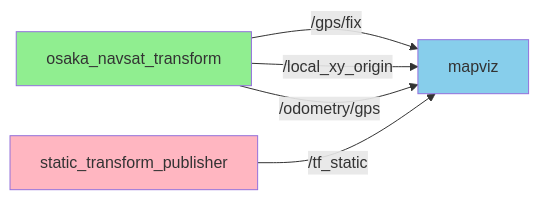
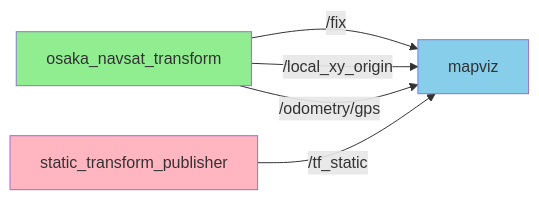
One commit to sato-susumu/mapviz_sample changed the first of 6 diagrams in genai_docs/MAPVIZ_TILE_DISPLAY_GUIDE.md. Above: the diagram before and after it, drawn with Mermaid. The commit also changed other lines of this file and 4 other files, not shown here.

````diff
--- a/genai_docs/MAPVIZ_TILE_DISPLAY_GUIDE.md
+++ b/genai_docs/MAPVIZ_TILE_DISPLAY_GUIDE.md
@@ -21,11 +21,11 @@
 ```mermaid
 graph LR
-    A[osaka_navsat_transform] -->|/gps/fix| B[mapviz]
+    A[osaka_navsat_transform] -->|/fix| B[mapviz]
     A -->|/local_xy_origin| B
     A -->|/odometry/gps| B
     C[static_transform_publisher] -->|/tf_static| B
 
     style A fill:#90EE90
     style B fill:#87CEEB
     style C fill:#FFB6C1
 ```
````
